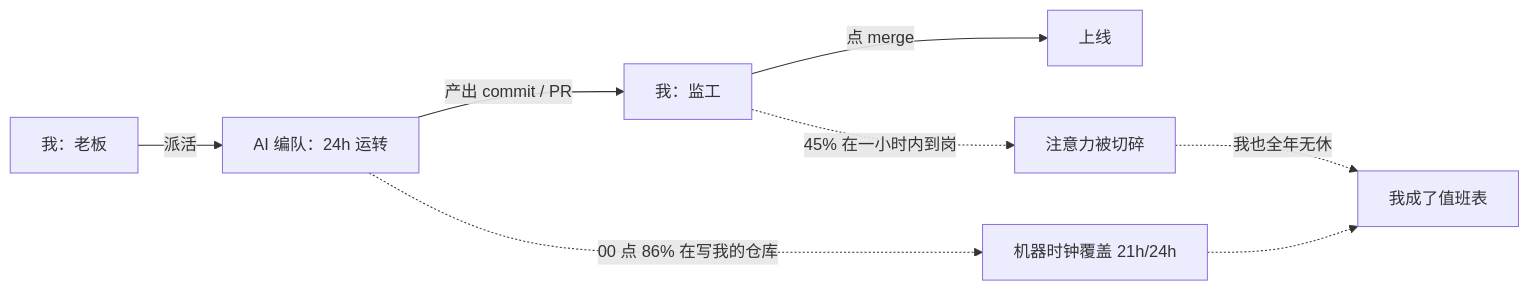
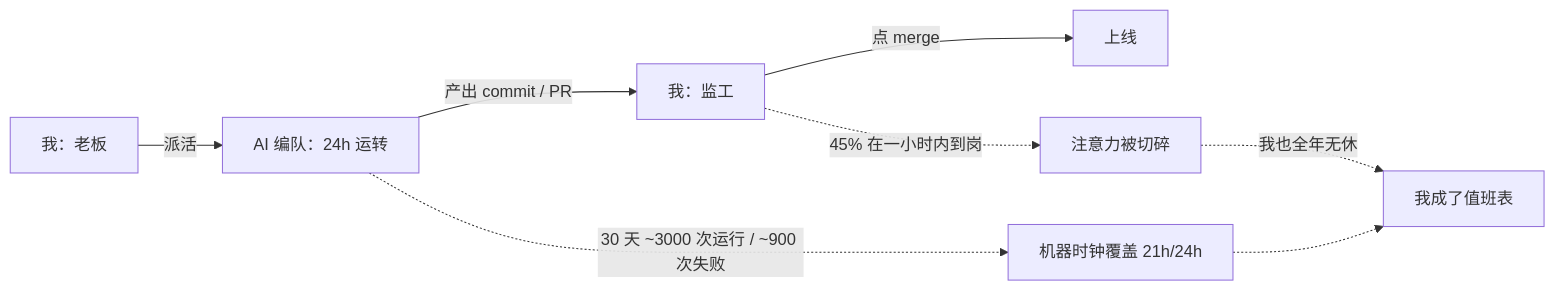
Before and after one commit to SilenWang/silen_blog: the seventh of 7 diagrams in blog_cn/source/_posts/我给AI排了24小时班-把自己排成了值班表.md, drawn with Mermaid. The commit also changed other lines of this file and 1 other file, not shown here.

````diff
--- a/blog_cn/source/_posts/我给AI排了24小时班-把自己排成了值班表.md
+++ b/blog_cn/source/_posts/我给AI排了24小时班-把自己排成了值班表.md
@@ -166,10 +258,10 @@
 ```mermaid
 flowchart LR
     A["我：老板"] -->|派活| B["AI 编队：24h 运转"]
     B -->|"产出 commit / PR"| C["我：监工"]
     C -->|"点 merge"| D["上线"]
     C -.->|"45% 在一小时内到岗"| E["注意力被切碎"]
-    B -.->|"00 点 86% 在写我的仓库"| F["机器时钟覆盖 21h/24h"]
+    B -.->|"30 天 ~3000 次运行 / ~900 次失败"| F["机器时钟覆盖 21h/24h"]
     E -.->|"我也全年无休"| G["我成了值班表"]
     F -.-> G
 ```
````
